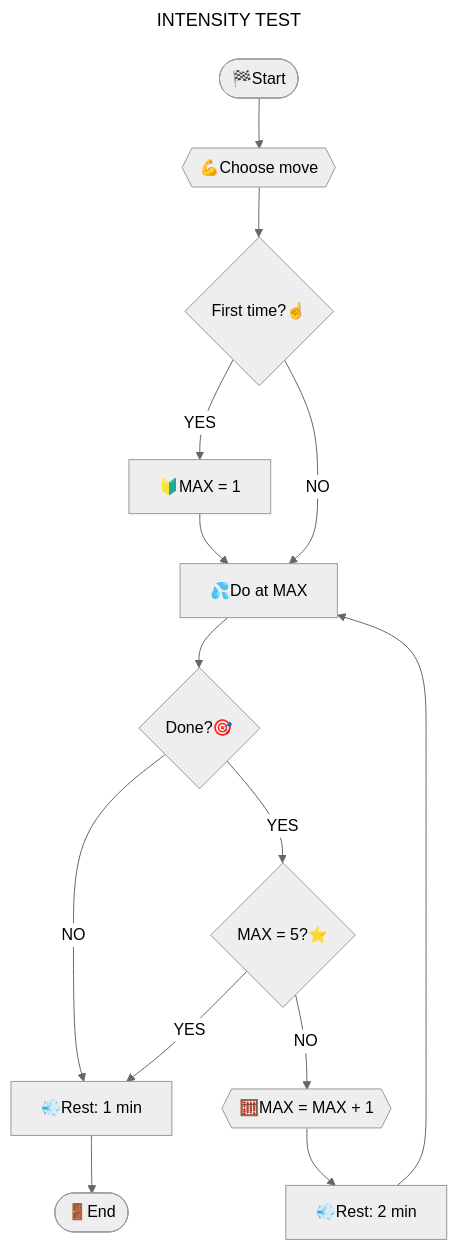
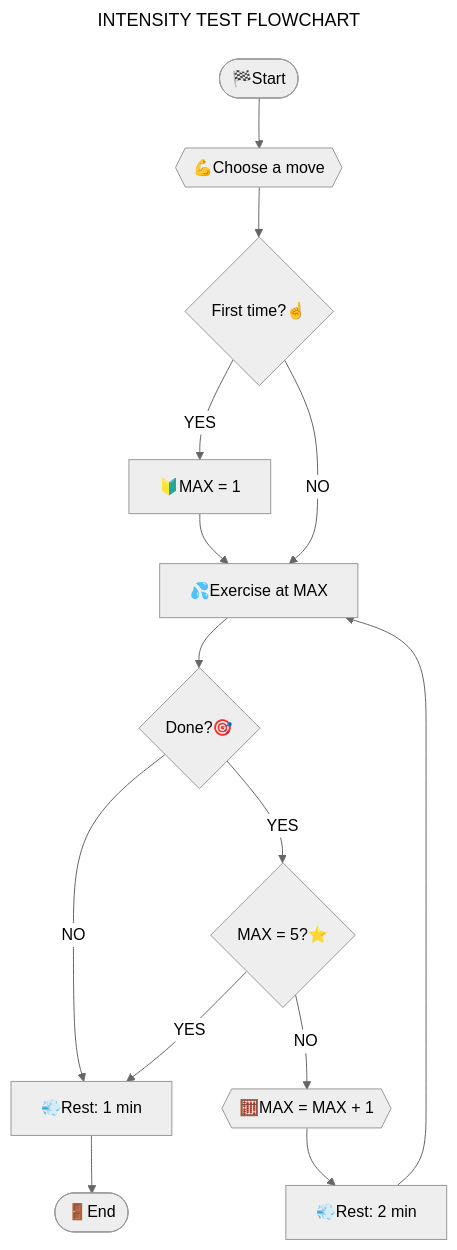
The diagram in training-1/tests/intensity.md (andre-cat/md-training), drawn with Mermaid (neutral theme) before and after one commit. The commit also changed other lines of this file and 11 other files, not shown here.

Commit message:
Removal of the test page, addition of explanatory information, modification of diagrams, change of exercise names, change of links

````diff
--- a/training-1/tests/intensity.md
+++ b/training-1/tests/intensity.md
@@ -23,36 +61,36 @@
 ```mermaid
 ---
-title: INTENSITY TEST
+title: INTENSITY TEST FLOWCHART
 ---
 %%{
     init: {
         "fontFamily": "lucida console",
         "flowchart": {
             "htmlLabels": true,
             "curve": "StepAfter"
         }
     }
 }%%
 flowchart TB
     0(["#127937;Start"])
-    1{{"#128170;Choose move"}}
+    1{{"#128170;Choose a move"}}
     2{"First time?#9757;"}
     2Y["#128304;MAX = 1"]
-    3["#128166;Do at MAX"]
+    3["#128166;Exercise at MAX"]
     4{"Done?#127919;"}
     4Y{"MAX = 5?#11088;"}
     4YN{{"#129518;MAX = MAX + 1"}}
     4YN0["#128168;Rest: 2 min"]
     4N["#128168;Rest: 1 min"]
     5(["#128682;End"])
 
     0 --> 1 --> 2
     2 -- "YES" --> 2Y --> 3
     2 -- "NO " --> 3
     3 --> 4
     4 -- "YES" --> 4Y
     4 -- "NO " --> 4N
     4Y -- "YES" --> 4N
     4N --> 5
     4Y -- "NO " --> 4YN --> 4YN0 --> 3
 ```
````
